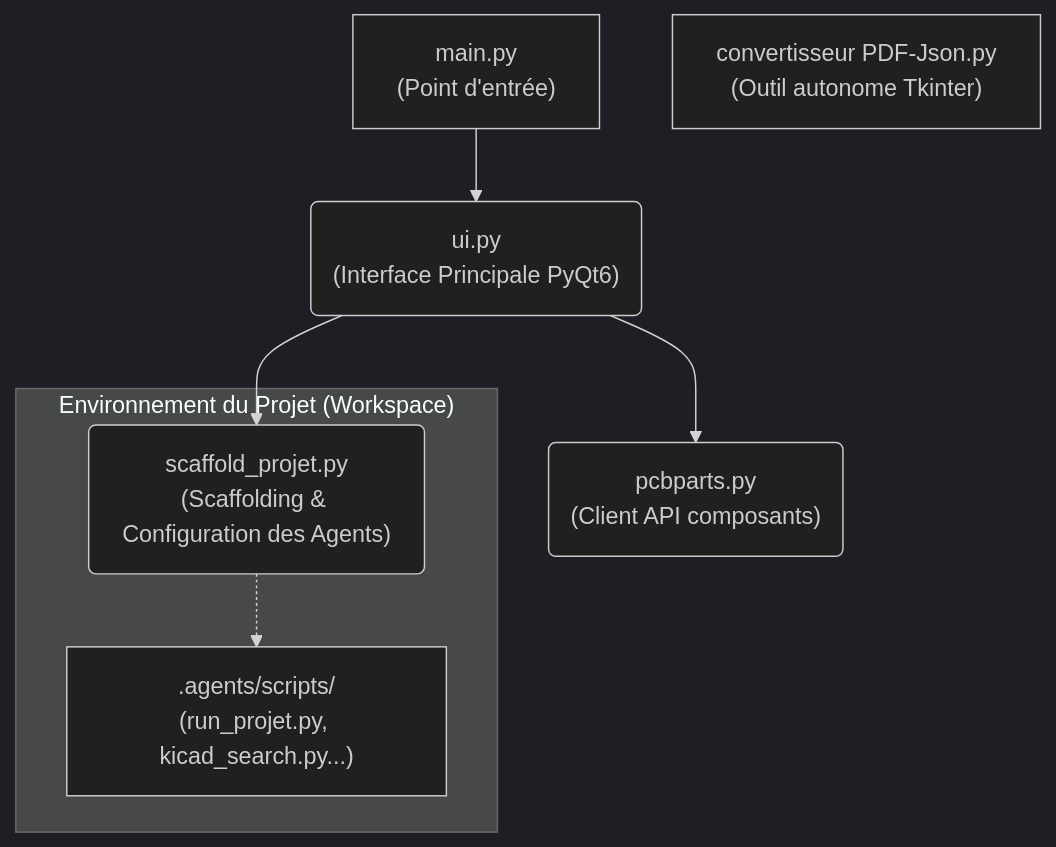
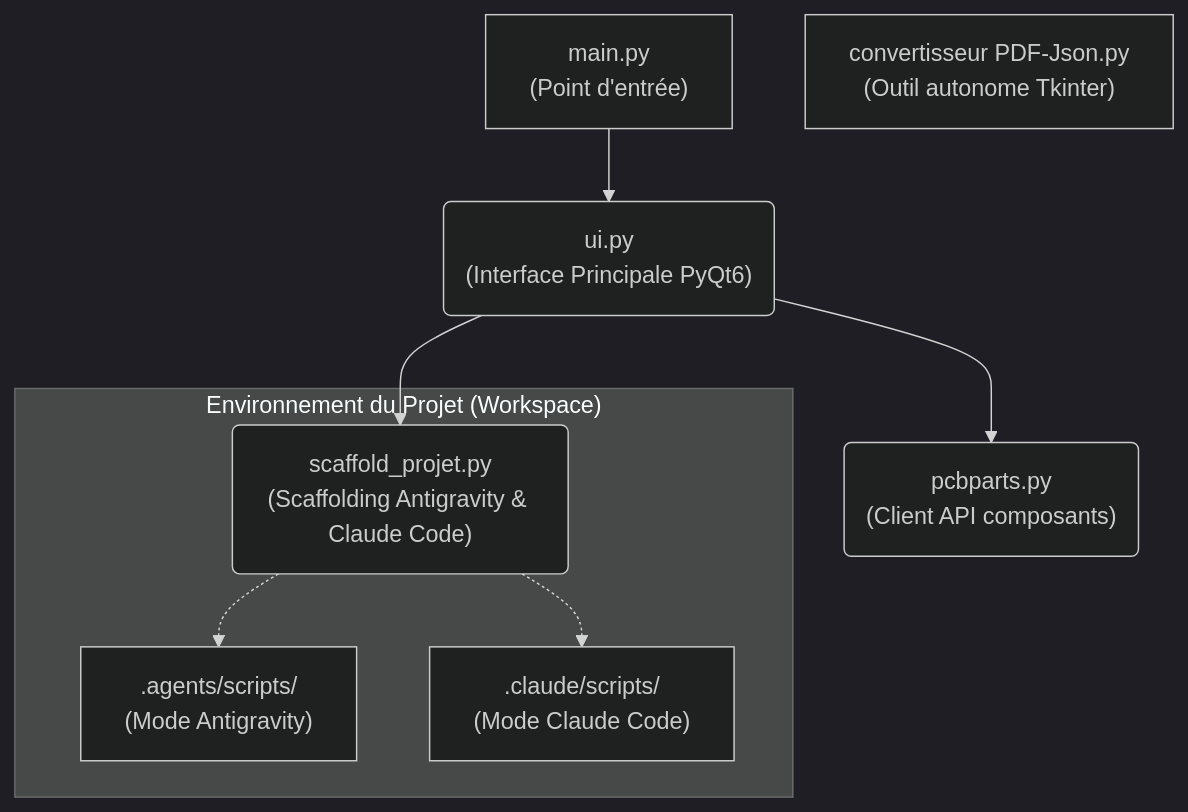
One commit to pilou33620/L-atelier changed the diagram in MANUEL.md. Above: the diagram before and after it, drawn with Mermaid (dark theme). The commit also changed other lines of this file and 128 other files, not shown here.

Commit message:
Ajout du support bi-outils pour Antigravity et Claude Code avec restructuration du kit d'agents et sélection dans l'interface

````diff
--- a/MANUEL.md
+++ b/MANUEL.md
@@ -32,12 +37,13 @@
 ```mermaid
 graph TD
     Main["main.py<br>(Point d'entrée)"] --> UI("ui.py<br>(Interface Principale PyQt6)")
-    UI --> Scaffold("scaffold_projet.py<br>(Scaffolding & Configuration des Agents)")
+    UI --> Scaffold("scaffold_projet.py<br>(Scaffolding Antigravity & Claude Code)")
     UI --> PCB("pcbparts.py<br>(Client API composants)")
     
     Conv["convertisseur PDF-Json.py<br>(Outil autonome Tkinter)"]
     
     subgraph "Environnement du Projet (Workspace)"
-        Scaffold -.-> Kit[".agents/scripts/<br>(run_projet.py, kicad_search.py...)"]
+        Scaffold -.-> KitAgy[".agents/scripts/<br>(Mode Antigravity)"]
+        Scaffold -.-> KitClaude[".claude/scripts/<br>(Mode Claude Code)"]
     end
 ```
````
